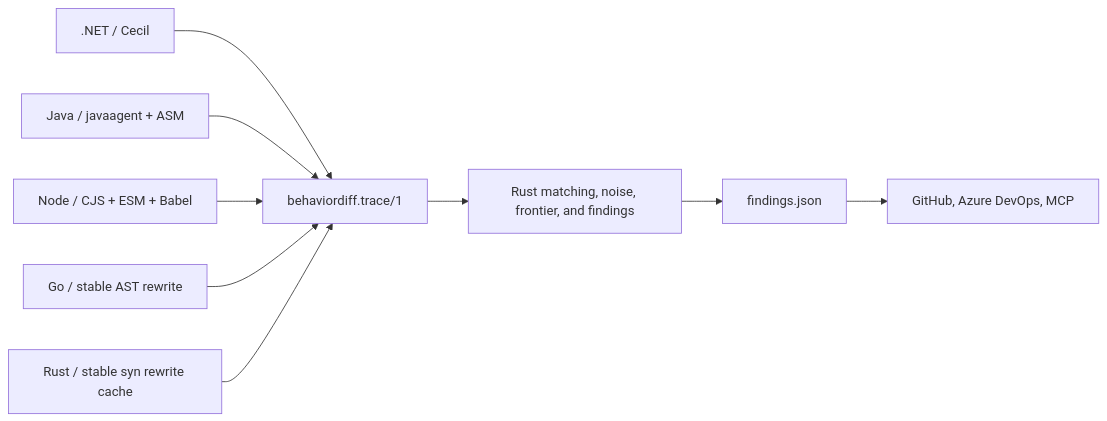
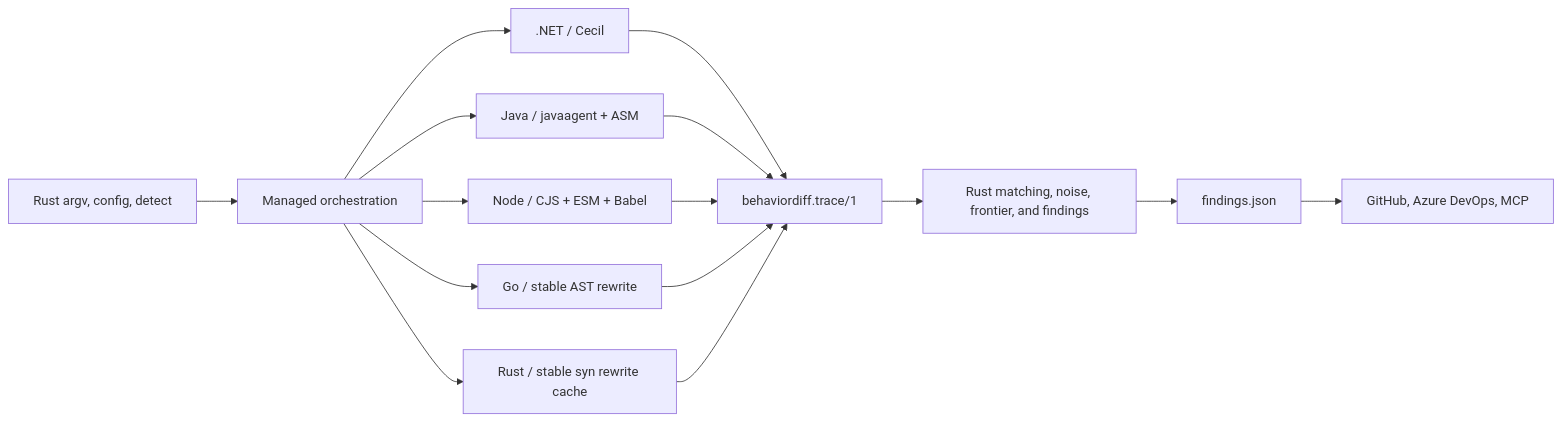
The first of 2 diagrams in README.md (issacnitin/BehaviorDiff), drawn with Mermaid before and after one commit. The commit also changed other lines of this file and 12 other files, not shown here.

````diff
--- a/README.md
+++ b/README.md
@@ -13,11 +13,17 @@
 ```mermaid
 flowchart LR
+  L[Rust argv, config, detect] --> O[Managed orchestration]
+  O --> D
+  O --> J
+  O --> N
+  O --> G
+  O --> R
   D[.NET / Cecil] --> T[behaviordiff.trace/1]
   J[Java / javaagent + ASM] --> T
   N[Node / CJS + ESM + Babel] --> T
   G[Go / stable AST rewrite] --> T
   R[Rust / stable syn rewrite cache] --> T
   T --> E[Rust matching, noise, frontier, and findings]
   E --> F[findings.json]
   F --> P[GitHub, Azure DevOps, MCP]
 ```
````
